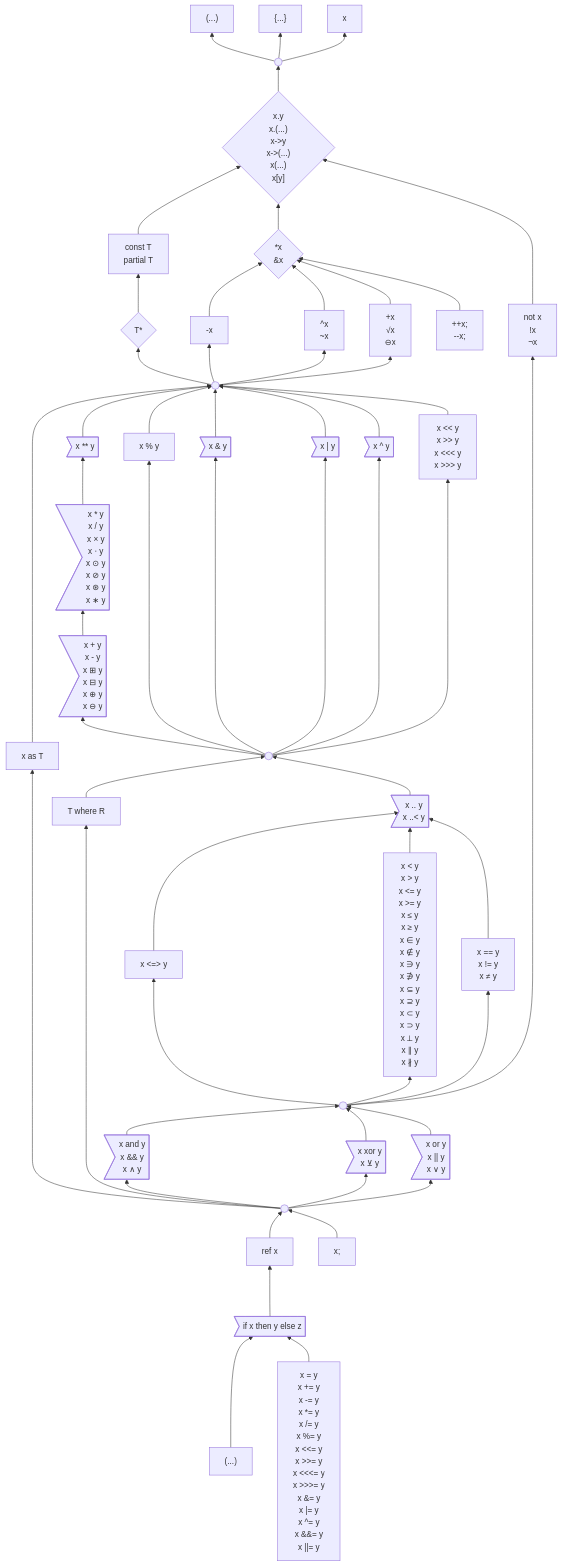
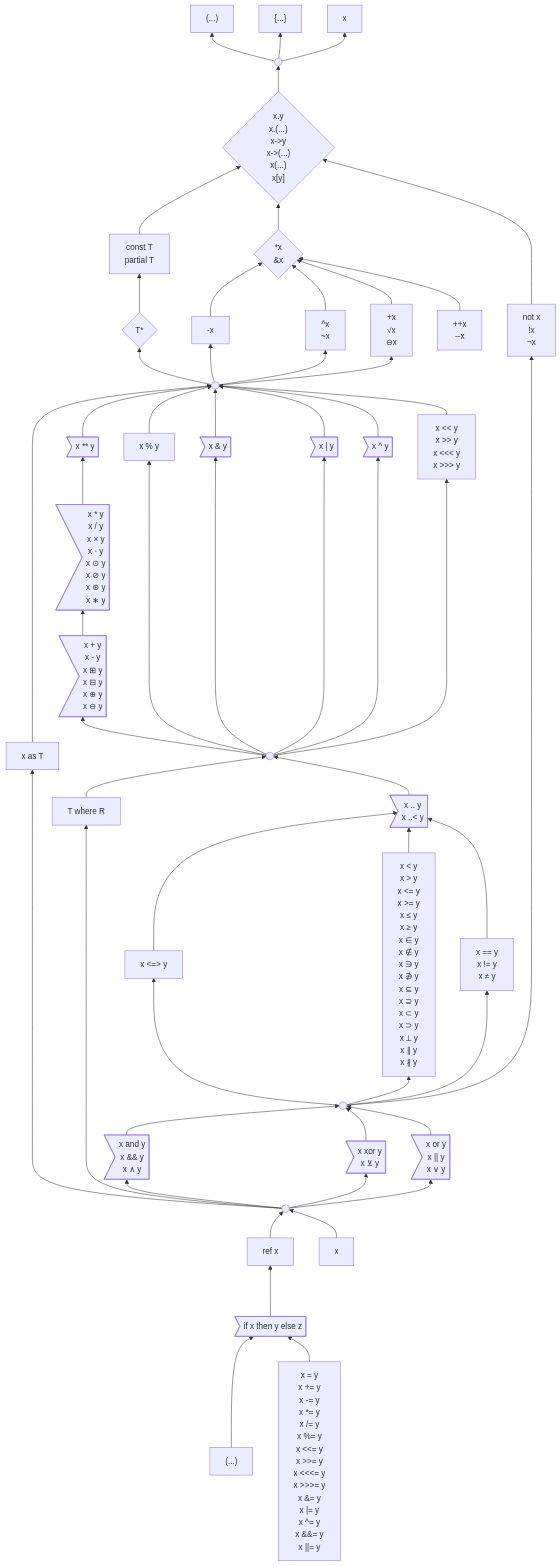
The diagram in 6 .../2 Unfinished Ideas.md (laro/Cilia), drawn with Mermaid before and after one commit.

Commit message:
Update 2 Unfinished Ideas.md

```diff
--- a/6 .../2 Unfinished Ideas.md
+++ b/6 .../2 Unfinished Ideas.md
@@ -189,8 +189,8 @@
                 √x
                 ⊖x"]
 
-    incDec["++x;
-            --x;"]
+    incDec["++x
+            --x"]
     click incDec "https://github.com/carbon-language/carbon-lang/blob/trunk/docs/design/assignment.md"
 
     unary((" "))
@@ -313,7 +313,7 @@
                 x ||= y"]
     click assignment "https://github.com/carbon-language/carbon-lang/blob/trunk/docs/design/assignment.md"
 
-    expressionStatement["x;"]
+    expressionStatement["x"]
 
     top --> parens & braces & unqualifiedName
 
```
